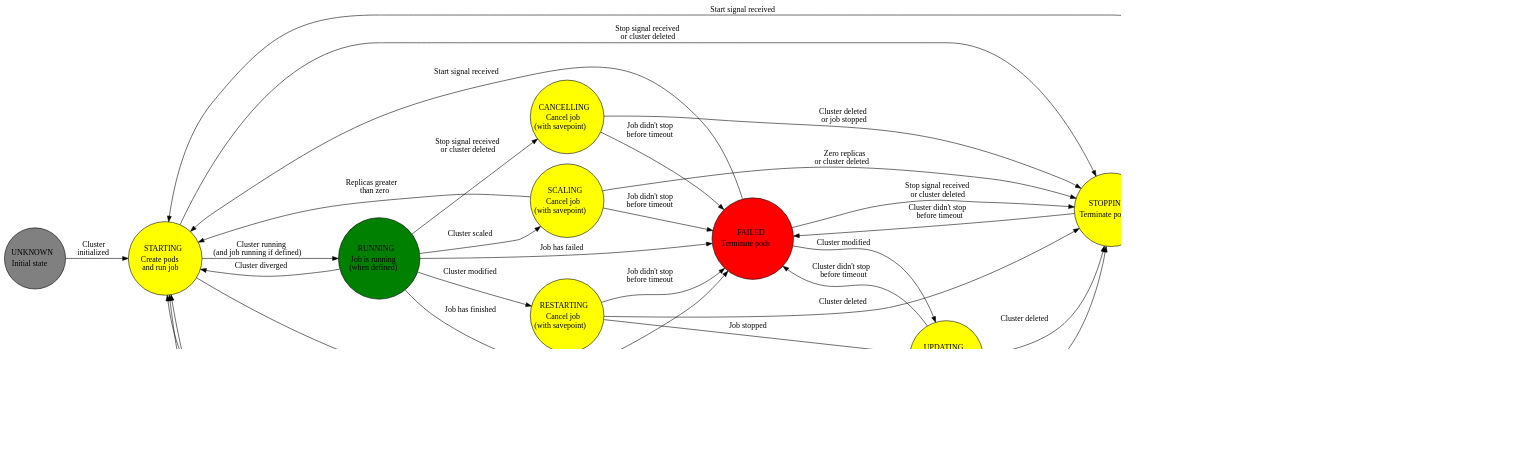
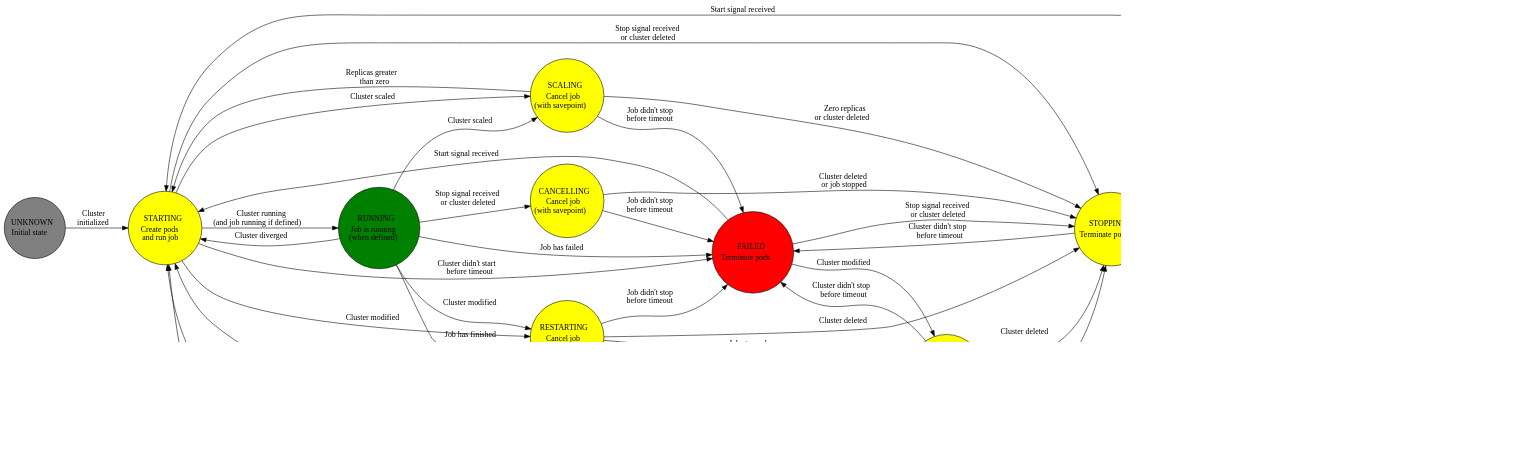
Before and after one commit to nextbreakpoint/flink-k8s-toolbox: the diagram in graphs/flink-cluster.dot, drawn with Graphviz. The commit also changed 14 other files, not shown here.

Commit message:
handle scale changed when cluster is starting

```diff
--- a/graphs/flink-cluster.dot
+++ b/graphs/flink-cluster.dot
@@ -22,6 +22,20 @@
       <TABLE ALIGN="LEFT" BORDER="0" CELLBORDER="0" CELLSPACING="0">
           <TR>
               <TD>Stop signal received<BR/>or cluster deleted</TD>
+          </TR>
+      </TABLE>
+  > ];
+  STARTING -> RESTARTING [ label = <
+      <TABLE ALIGN="LEFT" BORDER="0" CELLBORDER="0" CELLSPACING="0">
+          <TR>
+              <TD>Cluster modified</TD>
+          </TR>
+      </TABLE>
+  > ];
+  STARTING -> SCALING [ label = <
+      <TABLE ALIGN="LEFT" BORDER="0" CELLBORDER="0" CELLSPACING="0">
+          <TR>
+              <TD>Cluster scaled</TD>
           </TR>
       </TABLE>
   > ];
```
